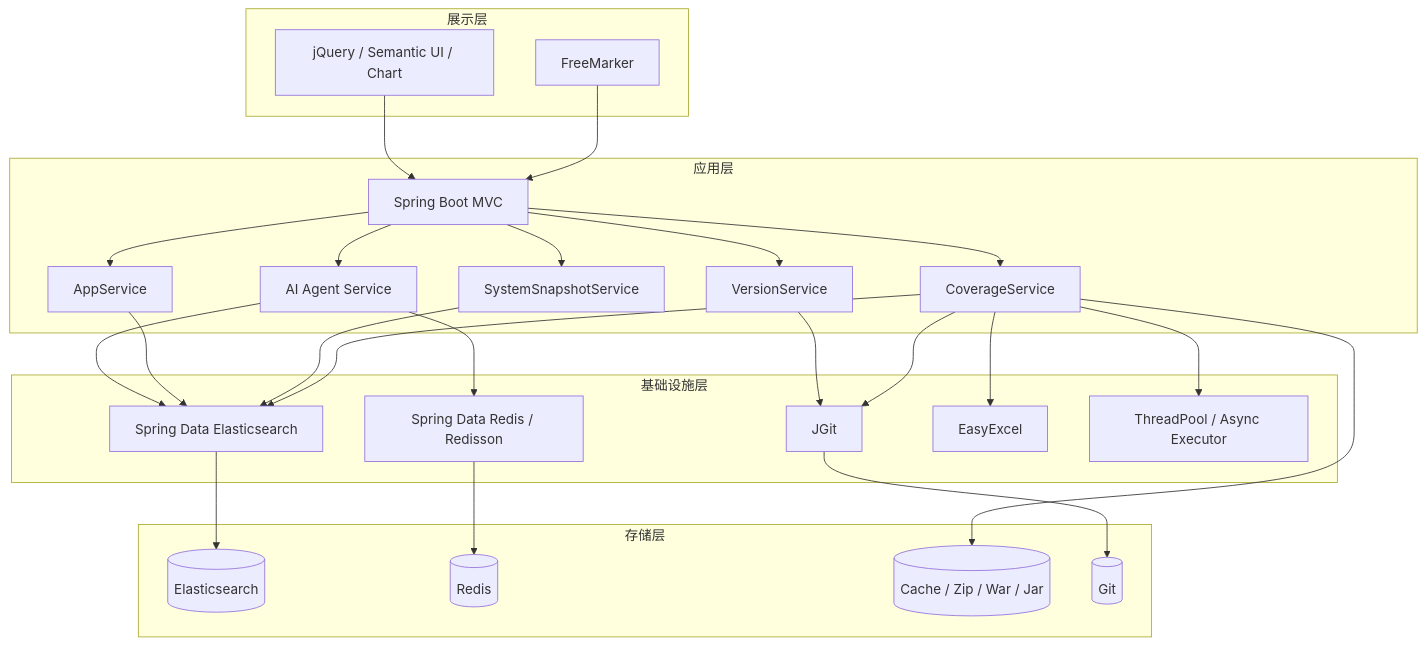
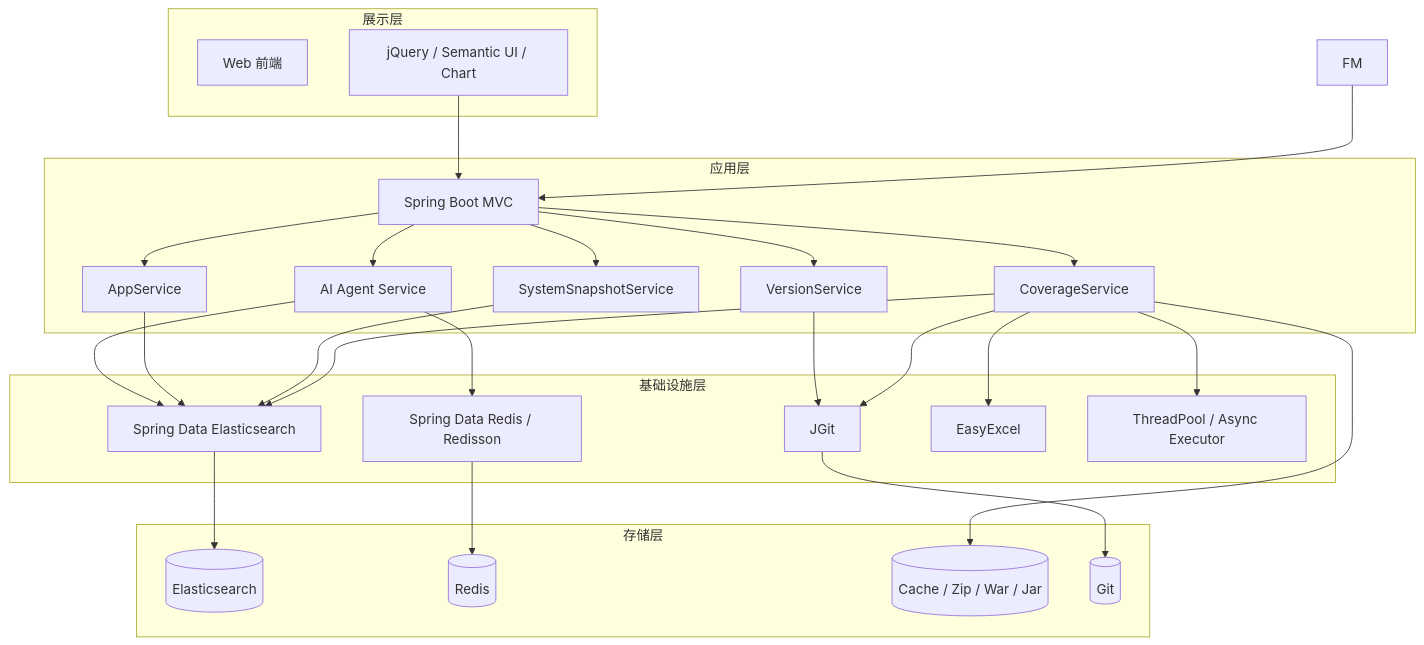
One commit to 000xiaoxiao000/oAccurateTest changed the fourth of 10 diagrams in README.md. Above: the diagram before and after it, drawn with Mermaid. The commit also changed other lines of this file and 1 other file, not shown here.

Commit message:
优化

````diff
--- a/README.md
+++ b/README.md
@@ -186,54 +186,54 @@
 ```mermaid
 flowchart TB
   subgraph Presentation[展示层]
-    FM[FreeMarker]
+    WEB[Web 前端]
     UI[jQuery / Semantic UI / Chart]
   end
 
   subgraph Service[应用层]
     MVC[Spring Boot MVC]
     COV[CoverageService]
     SNAP[SystemSnapshotService]
     VER[VersionService]
     APPSVC[AppService]
     AISVC[AI Agent Service]
   end
 
   subgraph Infra[基础设施层]
     ES[Spring Data Elasticsearch]
     RDS[Spring Data Redis / Redisson]
     JGIT[JGit]
     EXCEL[EasyExcel]
     EXEC[ThreadPool / Async Executor]
   end
 
   subgraph Storage[存储层]
     ESD[(Elasticsearch)]
     RED[(Redis)]
     FILE[(Cache / Zip / War / Jar)]
     REPO[(Git)]
   end
 
   FM --> MVC
   UI --> MVC
   MVC --> COV
   MVC --> SNAP
   MVC --> VER
   MVC --> APPSVC
   MVC --> AISVC
 
   COV --> ES
   COV --> JGIT
   COV --> EXCEL
   COV --> EXEC
   SNAP --> ES
   VER --> JGIT
   APPSVC --> ES
   AISVC --> ES
   AISVC --> RDS
 
   ES --> ESD
   RDS --> RED
   JGIT --> REPO
   COV --> FILE
 ```
````
